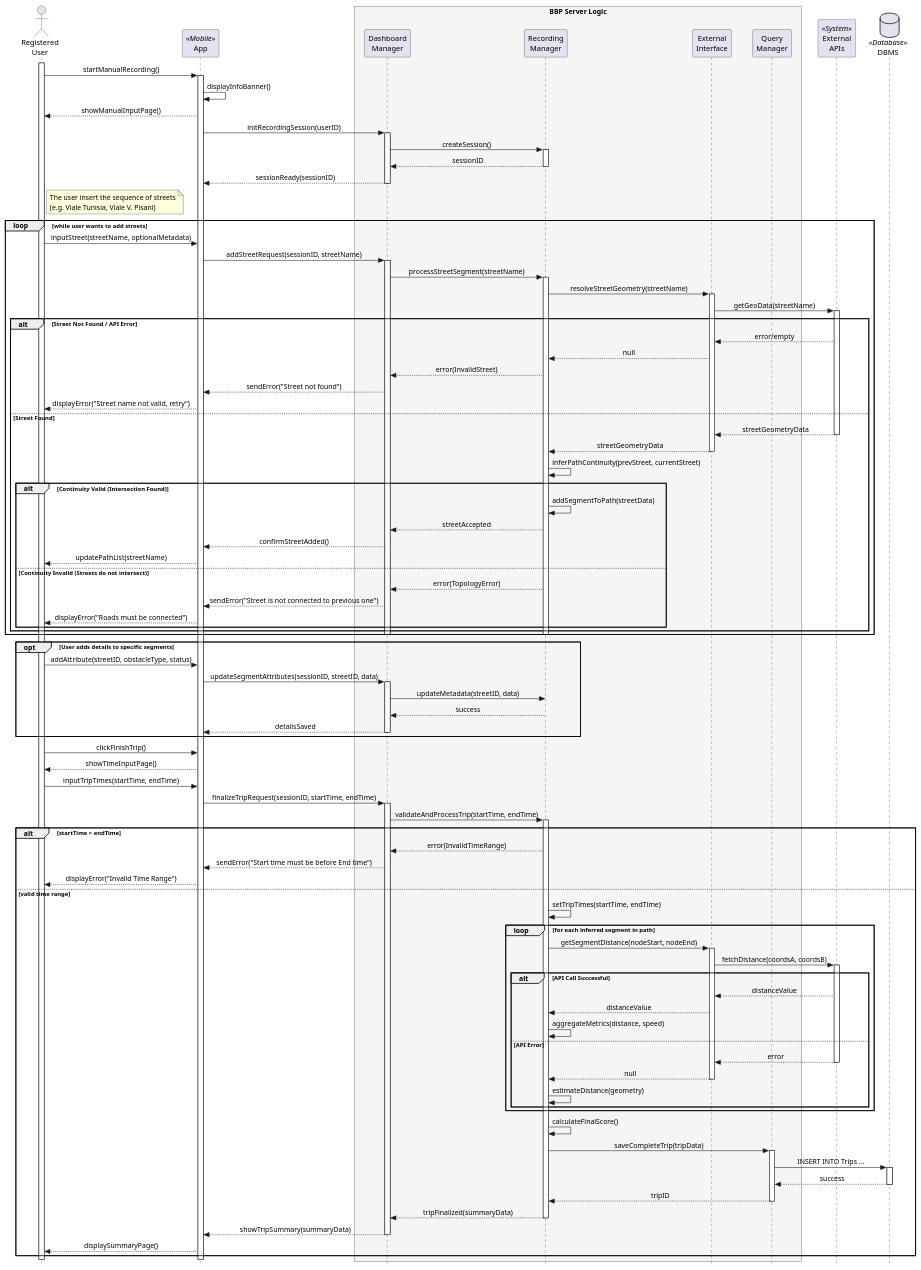
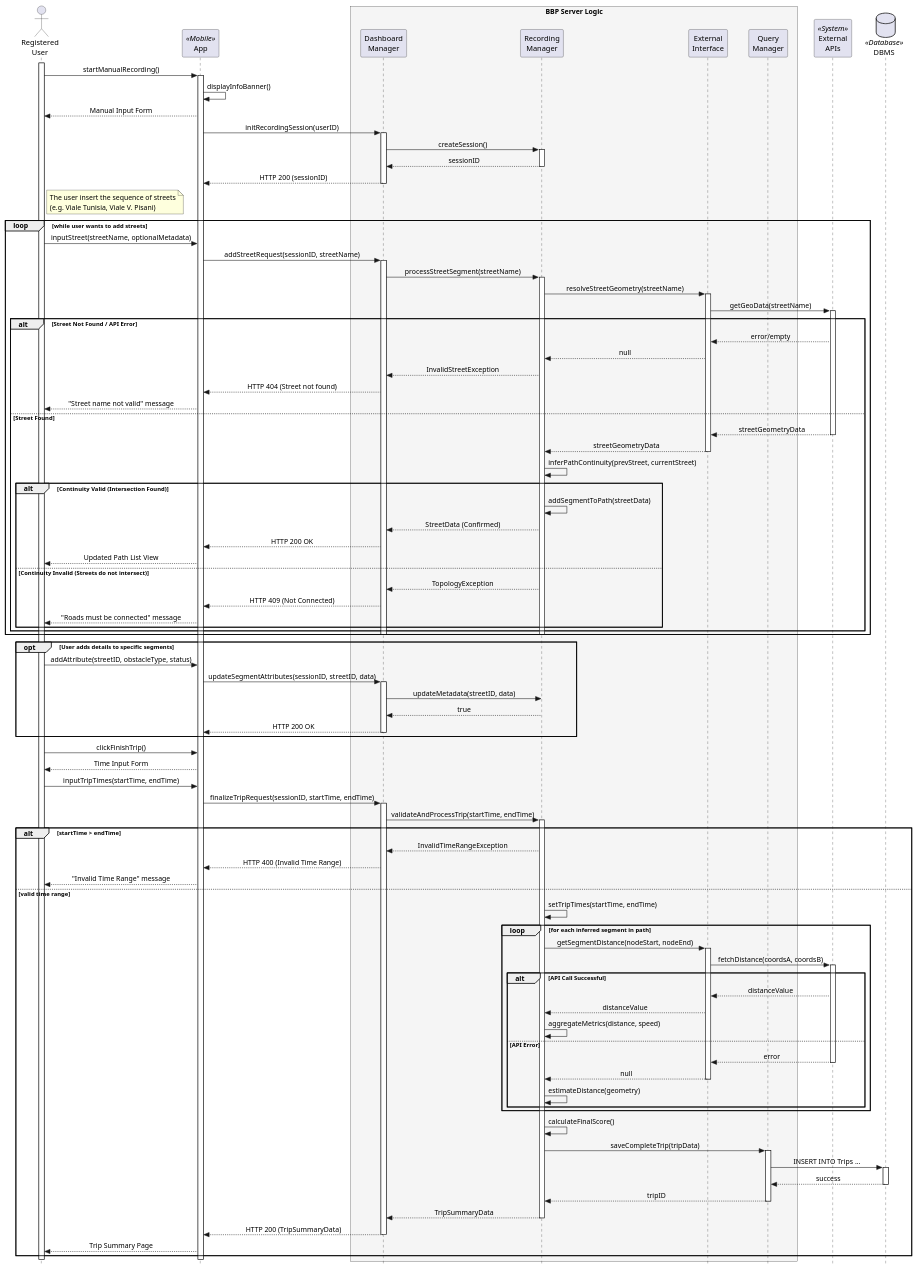
One commit to ABurato26/BuratoCrimellaFaccini changed the diagram in DD/sequence_diagrams/manual.plantuml. Above: the diagram before and after it, drawn with PlantUML. The commit also changed 14 other files, not shown here.

```diff
--- a/DD/sequence_diagrams/manual.plantuml
+++ b/DD/sequence_diagrams/manual.plantuml
@@ -1,154 +1,154 @@
 @startuml
 skinparam style strictuml
 skinparam sequenceMessageAlign center
 skinparam maxMessageSize 350
 skinparam ParticipantPadding 15
 skinparam BoxPadding 10
 
 actor "Registered\nUser" as user
 participant "App" as app <<Mobile>>
 box "BBP Server Logic" #F5F5F5
     participant "Dashboard\nManager" as dashMan
     participant "Recording\nManager" as recMan
     participant "External\nInterface" as extInt
     participant "Query\nManager" as queryMan
 end box
 participant "External\nAPIs" as extApi <<System>>
 database "DBMS" as db <<Database>>
 
 activate user
 user -> app : startManualRecording()
 activate app
 app -> app : displayInfoBanner()
-app --> user : showManualInputPage()
+app --> user : Manual Input Form
 
 ' --- INITIALIZATION ---
 app -> dashMan : initRecordingSession(userID)
 activate dashMan
 dashMan -> recMan : createSession()
 activate recMan
 recMan --> dashMan : sessionID
 deactivate recMan
-dashMan --> app : sessionReady(sessionID)
+dashMan --> app : HTTP 200 (sessionID)
 deactivate dashMan
 
 ' --- LOOP: INSERTION OF STREETS (User Logic) ---
 note right of user: The user insert the sequence of streets\n(e.g. Viale Tunisia, Viale V. Pisani)
 
 loop while user wants to add streets
     user -> app : inputStreet(streetName, optionalMetadata)
     
     app -> dashMan : addStreetRequest(sessionID, streetName)
     activate dashMan
     dashMan -> recMan : processStreetSegment(streetName)
     activate recMan
 
     ' --- INFERENCE LOGIC: RESOLVE STREET & CONNECTIVITY ---
     recMan -> extInt : resolveStreetGeometry(streetName)
     activate extInt
     extInt -> extApi : getGeoData(streetName)
     activate extApi
     
     alt Street Not Found / API Error
         extApi --> extInt : error/empty
         extInt --> recMan : null
-        recMan --> dashMan : error(InvalidStreet)
-        dashMan --> app : sendError("Street not found")
-        app --> user : displayError("Street name not valid, retry")
+        recMan --> dashMan : InvalidStreetException
+        dashMan --> app : HTTP 404 (Street not found)
+        app --> user : "Street name not valid" message
     else Street Found
         extApi --> extInt : streetGeometryData
         deactivate extApi
         extInt --> recMan : streetGeometryData
         deactivate extInt
         
         ' Il sistema inferisce la connessione con la strada precedente
         recMan -> recMan : inferPathContinuity(prevStreet, currentStreet)
         
         alt Continuity Valid (Intersection Found)
             recMan -> recMan : addSegmentToPath(streetData)
-            recMan --> dashMan : streetAccepted
-            dashMan --> app : confirmStreetAdded()
-            app --> user : updatePathList(streetName)
+            recMan --> dashMan : StreetData (Confirmed)
+            dashMan --> app : HTTP 200 OK
+            app --> user : Updated Path List View
         else Continuity Invalid (Streets do not intersect)
-             recMan --> dashMan : error(TopologyError)
-             dashMan --> app : sendError("Street is not connected to previous one")
-             app --> user : displayError("Roads must be connected")
+             recMan --> dashMan : TopologyException
+             dashMan --> app : HTTP 409 (Not Connected)
+             app --> user : "Roads must be connected" message
         end
     end
     deactivate recMan
     deactivate dashMan
 end
 
 ' --- OPTIONAL: ADD ATTRIBUTES (Potholes/Status) ---
 opt User adds details to specific segments
     user -> app : addAttribute(streetID, obstacleType, status)
     app -> dashMan : updateSegmentAttributes(sessionID, streetID, data)
     activate dashMan
     dashMan -> recMan : updateMetadata(streetID, data)
-    recMan --> dashMan : success
-    dashMan --> app : detailsSaved
+    recMan --> dashMan : true
+    dashMan --> app : HTTP 200 OK
     deactivate dashMan
 end
 
 ' --- FINALIZATION ---
 user -> app : clickFinishTrip()
-app --> user : showTimeInputPage()
+app --> user : Time Input Form
 user -> app : inputTripTimes(startTime, endTime)
 
 app -> dashMan : finalizeTripRequest(sessionID, startTime, endTime)
 activate dashMan
 dashMan -> recMan : validateAndProcessTrip(startTime, endTime)
 activate recMan
 
 alt startTime > endTime
-    recMan --> dashMan : error(InvalidTimeRange)
-    dashMan --> app : sendError("Start time must be before End time")
-    app --> user : displayError("Invalid Time Range")
+    recMan --> dashMan : InvalidTimeRangeException
+    dashMan --> app : HTTP 400 (Invalid Time Range)
+    app --> user : "Invalid Time Range" message
 else valid time range
     recMan -> recMan : setTripTimes(startTime, endTime)
     
     ' --- LOOP 2: STATISTICS CALCULATION (System Inference) ---
     '
     loop for each inferred segment in path
         recMan -> extInt : getSegmentDistance(nodeStart, nodeEnd)
         activate extInt
         extInt -> extApi : fetchDistance(coordsA, coordsB)
         activate extApi
         
         alt API Call Successful
             extApi --> extInt : distanceValue
             extInt --> recMan : distanceValue
             recMan -> recMan : aggregateMetrics(distance, speed)
         else API Error
             extApi --> extInt : error
             deactivate extApi
             extInt --> recMan : null
             deactivate extInt
             recMan -> recMan : estimateDistance(geometry)
         end
     end
 
     recMan -> recMan : calculateFinalScore()
     
     ' Persist Trip
     recMan -> queryMan : saveCompleteTrip(tripData)
     activate queryMan
     queryMan -> db : INSERT INTO Trips ...
     activate db
     db --> queryMan : success
     deactivate db
     queryMan --> recMan : tripID
     deactivate queryMan
 
-    recMan --> dashMan : tripFinalized(summaryData)
+    recMan --> dashMan : TripSummaryData
     deactivate recMan
 
-    dashMan --> app : showTripSummary(summaryData)
+    dashMan --> app : HTTP 200 (TripSummaryData)
     deactivate dashMan
     
-    app --> user : displaySummaryPage()
+    app --> user : Trip Summary Page
 end
 
 deactivate app
 deactivate user
 @enduml
```
